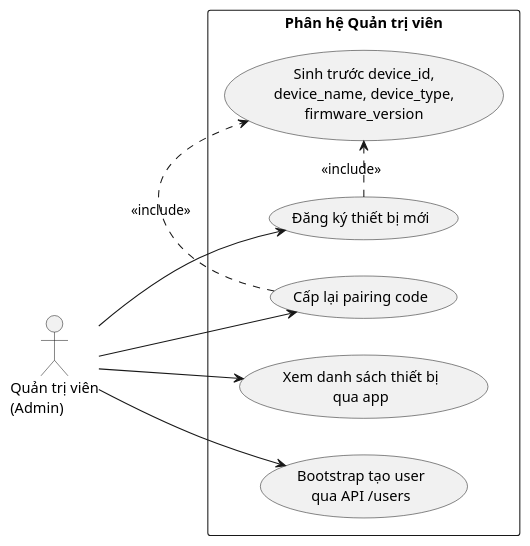
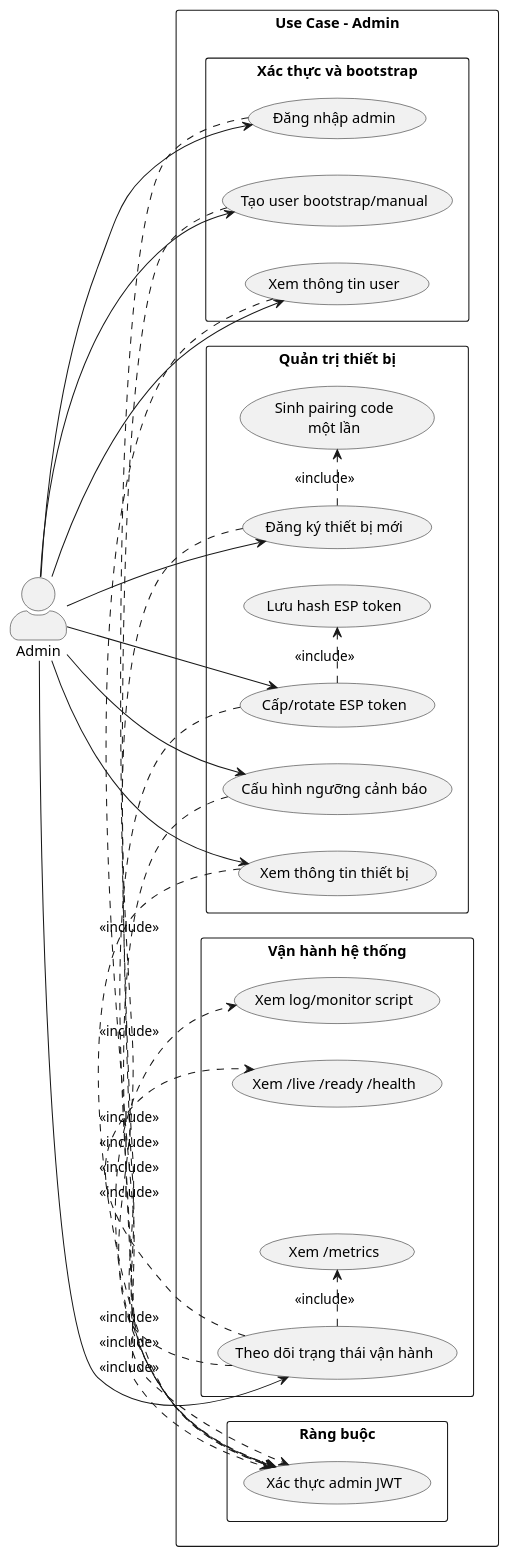
The fourth of 6 diagrams in README.md (THANHTAI2004/223209_DANGTHANHTAI), drawn with PlantUML before and after one commit. The commit also changed other lines of this file, not shown here.

````diff
--- a/README.md
+++ b/README.md
@@ -248,24 +326,63 @@
 ```plantuml
 @startuml
 left to right direction
+skinparam shadowing false
 skinparam packageStyle rectangle
+skinparam actorStyle awesome
 
-actor "Quản trị viên\n(Admin)" as Admin
+actor "Admin" as Admin
 
-rectangle "Phân hệ Quản trị viên" {
-  usecase "Đăng ký thiết bị mới" as UC_RegisterDevice
-  usecase "Cấp lại pairing code" as UC_ReissuePairing
-  usecase "Sinh trước device_id,\ndevice_name, device_type,\nfirmware_version" as UC_DeviceMeta
-  usecase "Xem danh sách thiết bị\nqua app" as UC_ListDevices
-  usecase "Bootstrap tạo user\nqua API /users" as UC_BootstrapUser
+rectangle "Use Case - Admin" {
+
+  package "Xác thực và bootstrap" {
+    usecase "Đăng nhập admin" as A_Login
+    usecase "Tạo user bootstrap/manual" as A_CreateUser
+    usecase "Xem thông tin user" as A_ViewUser
+  }
+
+  package "Quản trị thiết bị" {
+    usecase "Đăng ký thiết bị mới" as A_RegisterDevice
+    usecase "Sinh pairing code\nmột lần" as A_PairingCode
+    usecase "Xem thông tin thiết bị" as A_ViewDevice
+    usecase "Cấp/rotate ESP token" as A_RotateToken
+    usecase "Lưu hash ESP token" as A_SaveTokenHash
+    usecase "Cấu hình ngưỡng cảnh báo" as A_Thresholds
+  }
+
+  package "Vận hành hệ thống" {
+    usecase "Xem /live /ready /health" as A_Health
+    usecase "Xem /metrics" as A_Metrics
+    usecase "Xem log/monitor script" as A_Logs
+    usecase "Theo dõi trạng thái vận hành" as A_Operations
+  }
+
+  package "Ràng buộc" {
+    usecase "Xác thực admin JWT" as A_AdminAuth
+  }
 }
 
-Admin --> UC_RegisterDevice
-Admin --> UC_ReissuePairing
-Admin --> UC_ListDevices
-Admin --> UC_BootstrapUser
+Admin --> A_Login
+Admin --> A_CreateUser
+Admin --> A_ViewUser
+Admin --> A_RegisterDevice
+Admin --> A_ViewDevice
+Admin --> A_RotateToken
+Admin --> A_Thresholds
+Admin --> A_Operations
 
-UC_RegisterDevice .> UC_DeviceMeta : <<include>>
-UC_ReissuePairing .> UC_DeviceMeta : <<include>>
+A_Login .> A_AdminAuth : <<include>>
+A_CreateUser .> A_AdminAuth : <<include>>
+A_RegisterDevice .> A_AdminAuth : <<include>>
+A_RotateToken .> A_AdminAuth : <<include>>
+A_Thresholds .> A_AdminAuth : <<include>>
+A_ViewUser .> A_AdminAuth : <<include>>
+A_ViewDevice .> A_AdminAuth : <<include>>
+
+A_RegisterDevice .> A_PairingCode : <<include>>
+A_RotateToken .> A_SaveTokenHash : <<include>>
+A_Operations .> A_Health : <<include>>
+A_Operations .> A_Metrics : <<include>>
+A_Operations .> A_Logs : <<include>>
+
 @enduml
 ```
````
